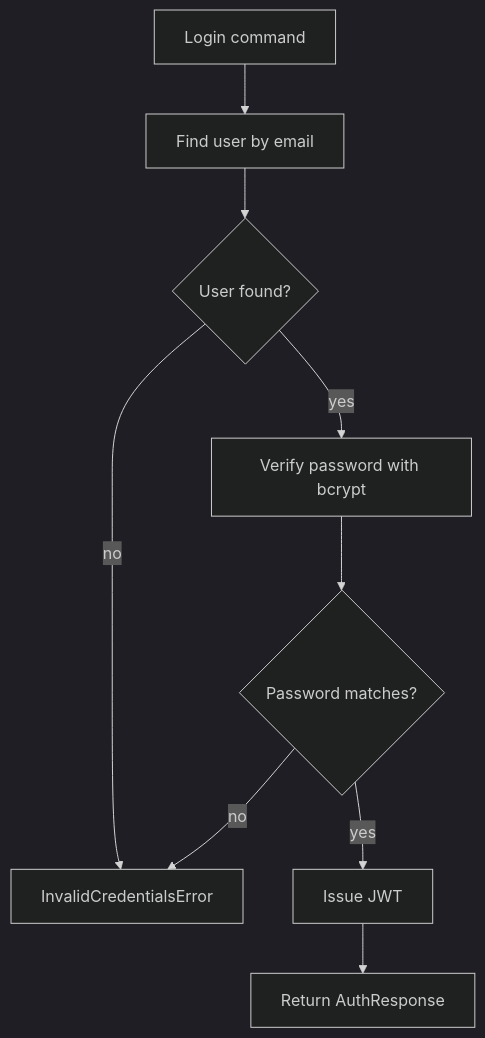
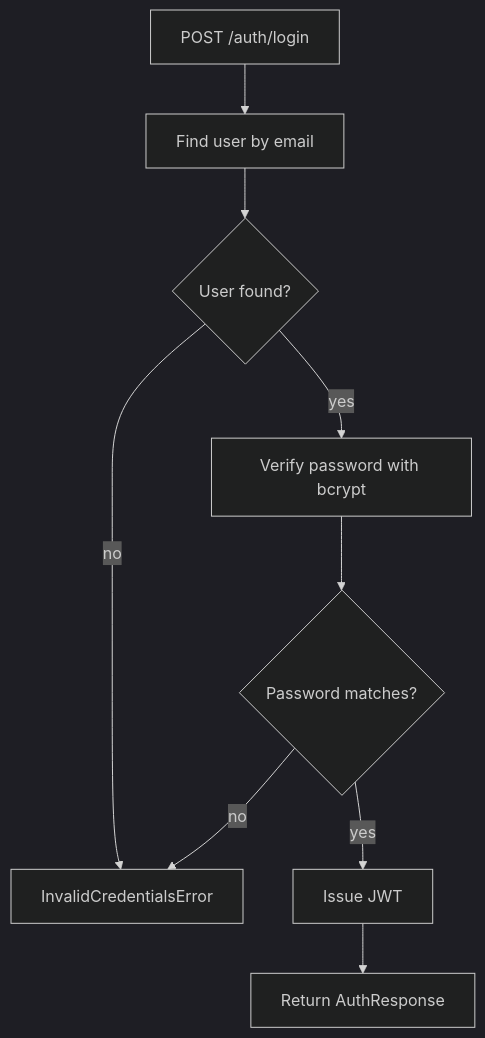
The fifth of 6 diagrams in docs/auth-flow.md (Davids89/mysubs), drawn with Mermaid (dark theme) before and after one commit. The commit also changed other lines of this file and 7 other files, not shown here.

First line of the commit message:
[DESIGN-001.6] Make CLAUDE.md the single agent guide and document the architecture

````diff
--- a/docs/auth-flow.md
+++ b/docs/auth-flow.md
@@ -164,11 +162,11 @@
 ```mermaid
 flowchart TD
-  Login["Login command"] --> FindUser["Find user by email"]
+  Login["POST /auth/login"] --> FindUser["Find user by email"]
   FindUser --> Found{"User found?"}
   Found -- no --> Invalid["InvalidCredentialsError"]
   Found -- yes --> Verify["Verify password with bcrypt"]
   Verify --> Match{"Password matches?"}
   Match -- no --> Invalid
   Match -- yes --> IssueToken["Issue JWT"]
   IssueToken --> Response["Return AuthResponse"]
 ```
````
